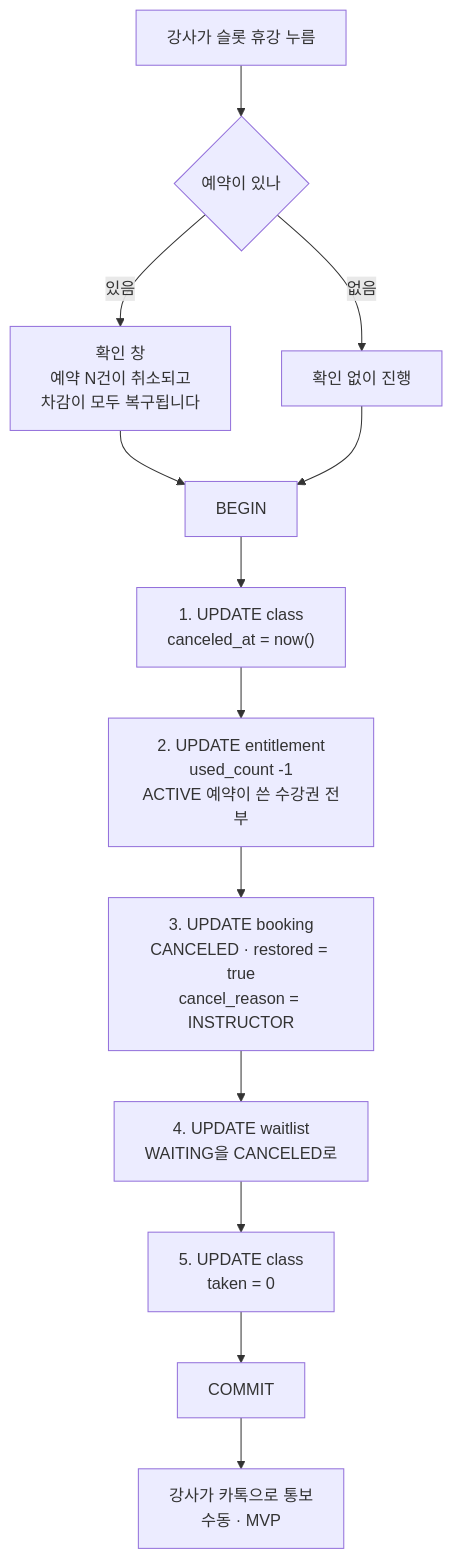
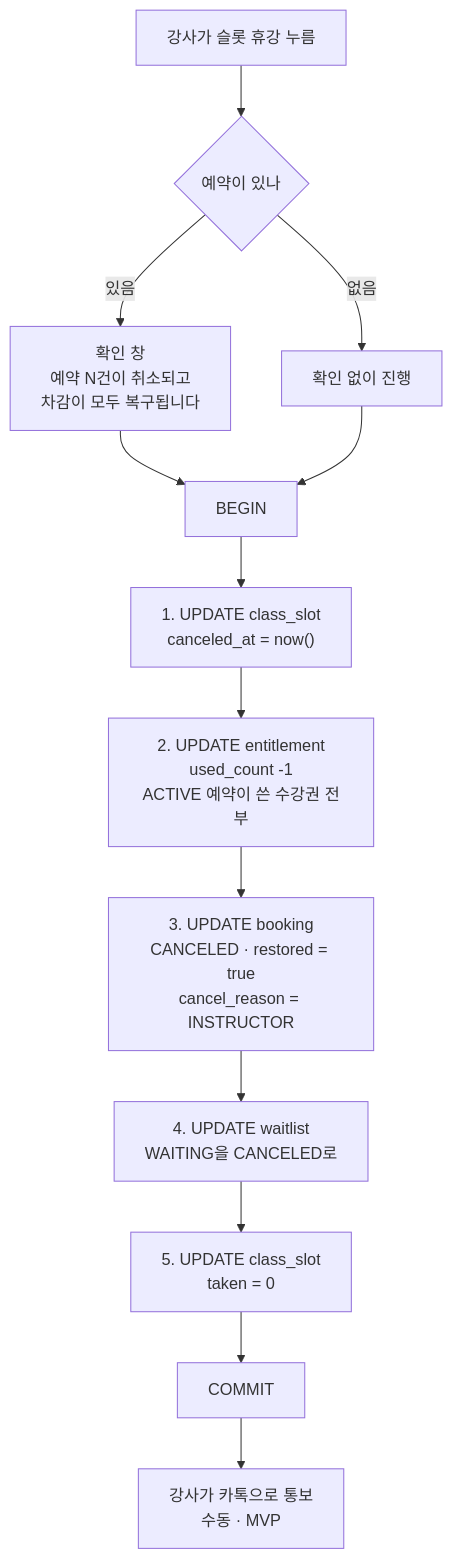
The second of 3 diagrams in docs/spec/booking/write-paths.md (Fit-link-v2/FitLink-BE), drawn with Mermaid before and after one commit. The commit also changed other lines of this file and 42 other files, not shown here.

First line of the commit message:
docs: 2026-09-25 회의 결정을 ERD · 테이블 설계에 반영 (#1)

````diff
--- a/docs/spec/booking/write-paths.md
+++ b/docs/spec/booking/write-paths.md
@@ -42,15 +65,15 @@
 ```mermaid
 flowchart TD
     A["강사가 슬롯 휴강 누름"] --> B{"예약이 있나"}
     B -->|"없음"| C["확인 없이 진행"]
     B -->|"있음"| D["확인 창<br/>예약 N건이 취소되고<br/>차감이 모두 복구됩니다"]
     D --> E["BEGIN"]
     C --> E
-    E --> F["1. UPDATE class<br/>canceled_at = now()"]
+    E --> F["1. UPDATE class_slot<br/>canceled_at = now()"]
     F --> G["2. UPDATE entitlement<br/>used_count -1<br/>ACTIVE 예약이 쓴 수강권 전부"]
     G --> H["3. UPDATE booking<br/>CANCELED · restored = true<br/>cancel_reason = INSTRUCTOR"]
     H --> I["4. UPDATE waitlist<br/>WAITING을 CANCELED로"]
-    I --> J["5. UPDATE class<br/>taken = 0"]
+    I --> J["5. UPDATE class_slot<br/>taken = 0"]
     J --> K["COMMIT"]
     K --> L["강사가 카톡으로 통보<br/>수동 · MVP"]
 ```
````
